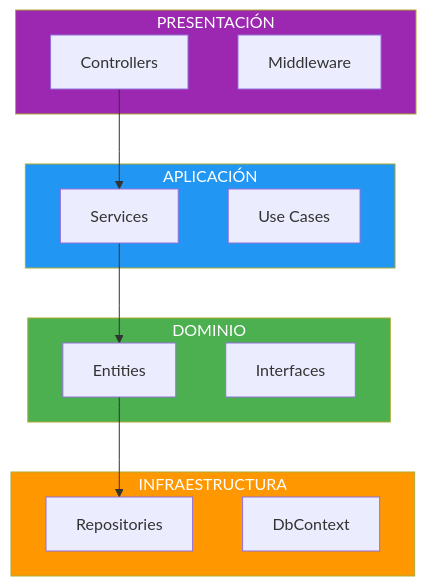
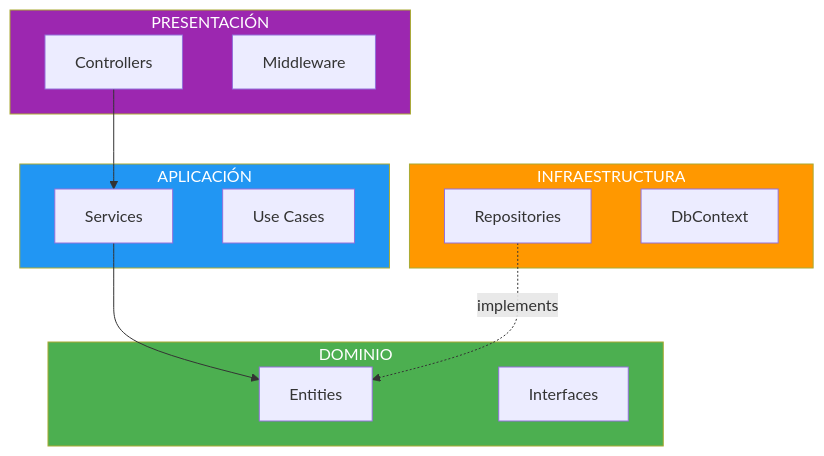
The second of 6 diagrams in 11-clean-architecture.md (joseluisgs/DesarrolloWebEntornosServidor-02-2026-2027), drawn with Mermaid before and after one commit. The commit also changed other lines of this file and 33 other files, not shown here.

````diff
--- a/11-clean-architecture.md
+++ b/11-clean-architecture.md
@@ -105,31 +105,31 @@
 ```mermaid
 flowchart TB
     subgraph PRESENTACIÓN
         P1["Controllers"]
         P2["Middleware"]
     end
 
     subgraph APLICACIÓN
         A1["Services"]
         A2["Use Cases"]
     end
 
     subgraph DOMINIO
         D1["Entities"]
         D2["Interfaces"]
     end
 
     subgraph INFRAESTRUCTURA
         I1["Repositories"]
         I2["DbContext"]
     end
 
     P1 --> A1
     A1 --> D1
-    D1 --> I1
+    I1 -.implements.-> D1
 
     style PRESENTACIÓN fill:#9C27B0,color:#fff
     style APLICACIÓN fill:#2196F3,color:#fff
     style DOMINIO fill:#4CAF50,color:#fff
     style INFRAESTRUCTURA fill:#FF9800,color:#fff
 ```
````
